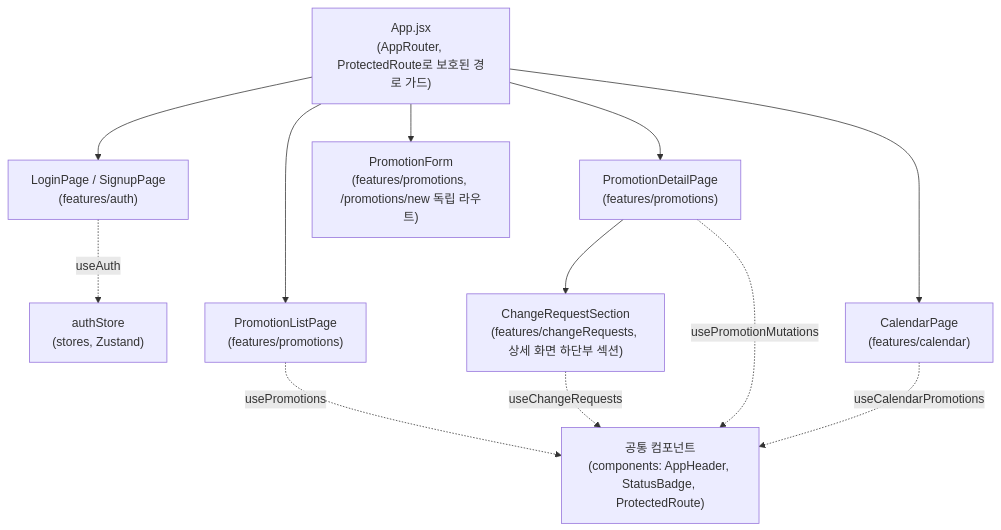
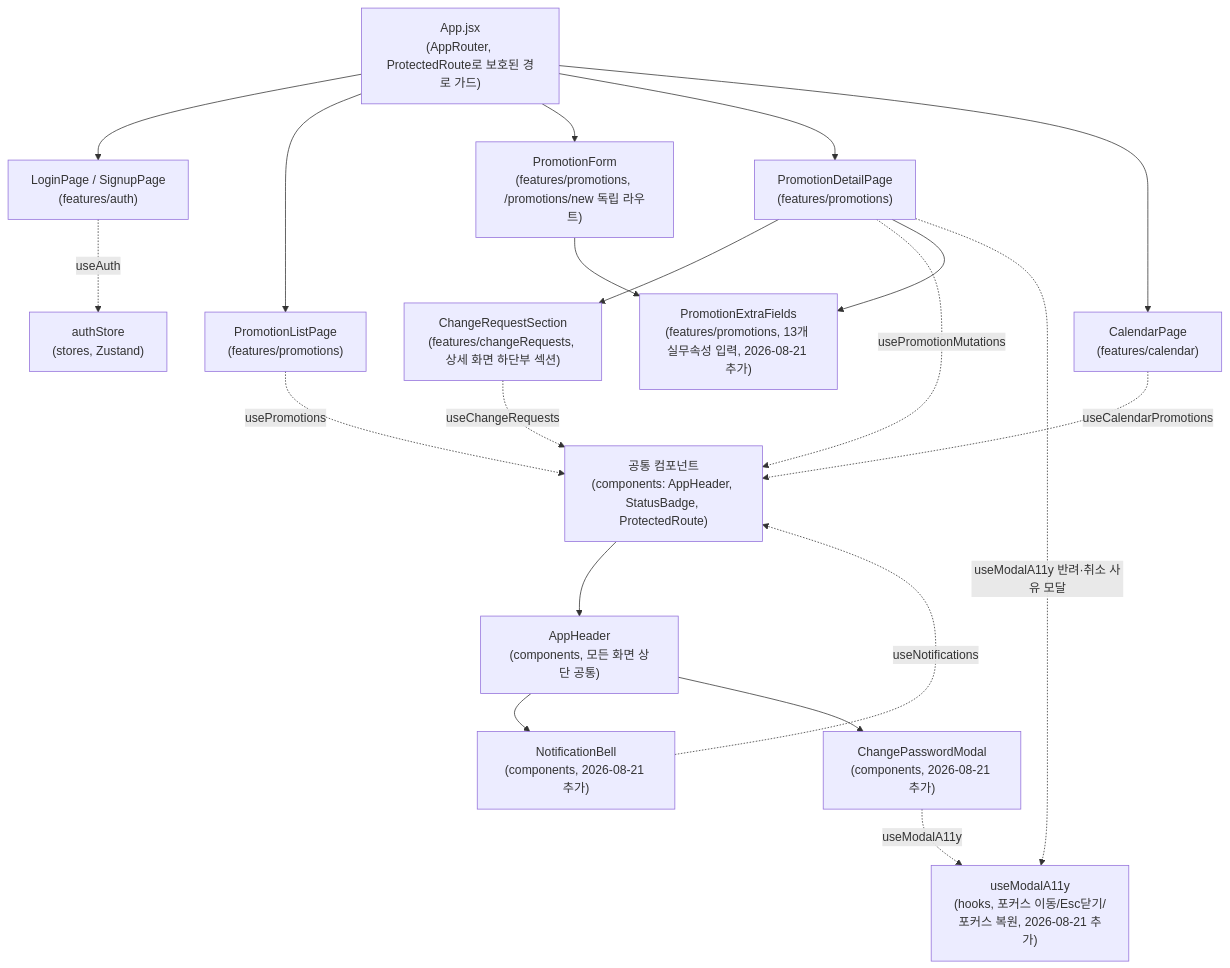
The third of 3 diagrams in docs/6-arch-diagram.md (spongood99-spec/b2b-promo), drawn with Mermaid before and after one commit. The commit also changed other lines of this file and 4 other files, not shown here.

````diff
--- a/docs/6-arch-diagram.md
+++ b/docs/6-arch-diagram.md
@@ -56,19 +61,28 @@
 ```mermaid
 flowchart TD
     App["App.jsx<br/>(AppRouter, ProtectedRoute로 보호된 경로 가드)"]
 
     App --> LoginPage["LoginPage / SignupPage<br/>(features/auth)"]
     App --> PromotionListPage["PromotionListPage<br/>(features/promotions)"]
     App --> PromotionForm["PromotionForm<br/>(features/promotions, /promotions/new 독립 라우트)"]
     App --> PromotionDetailPage["PromotionDetailPage<br/>(features/promotions)"]
     App --> CalendarPage["CalendarPage<br/>(features/calendar)"]
 
     LoginPage -.->|useAuth| AuthStore["authStore<br/>(stores, Zustand)"]
 
     PromotionListPage -.->|usePromotions| Common["공통 컴포넌트<br/>(components: AppHeader, StatusBadge, ProtectedRoute)"]
     PromotionDetailPage --> ChangeRequestSection["ChangeRequestSection<br/>(features/changeRequests, 상세 화면 하단부 섹션)"]
     PromotionDetailPage -.->|usePromotionMutations| Common
     ChangeRequestSection -.->|useChangeRequests| Common
 
     CalendarPage -.->|useCalendarPromotions| Common
+
+    Common --> AppHeader["AppHeader<br/>(components, 모든 화면 상단 공통)"]
+    AppHeader --> NotificationBell["NotificationBell<br/>(components, 2026-08-21 추가)"]
+    AppHeader --> ChangePasswordModal["ChangePasswordModal<br/>(components, 2026-08-21 추가)"]
+    NotificationBell -.->|useNotifications| Common
+    PromotionForm --> PromotionExtraFields["PromotionExtraFields<br/>(features/promotions, 13개 실무속성 입력, 2026-08-21 추가)"]
+    PromotionDetailPage --> PromotionExtraFields
+    ChangePasswordModal -.->|useModalA11y| A11yHook["useModalA11y<br/>(hooks, 포커스 이동/Esc닫기/포커스 복원, 2026-08-21 추가)"]
+    PromotionDetailPage -.->|useModalA11y 반려·취소 사유 모달| A11yHook
 ```
````
